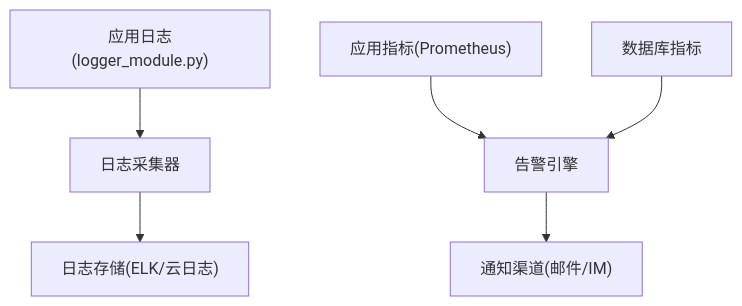
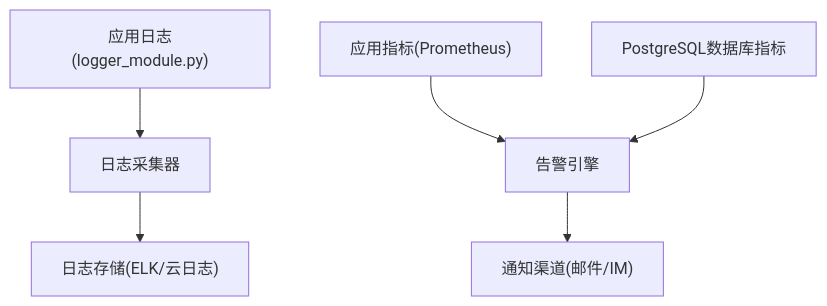
Before and after one commit to abokyoy/LectureLearnLoop: the tenth of 14 diagrams in .qoder/repowiki/zh/content/部署运维.md, drawn with Mermaid. The commit also changed other lines of this file and 91 other files, not shown here.

````diff
--- a/.qoder/repowiki/zh/content/部署运维.md
+++ b/.qoder/repowiki/zh/content/部署运维.md
@@ -380,8 +334,8 @@
 ```mermaid
 flowchart TD
 LogGen["应用日志(logger_module.py)"] --> Collector["日志采集器"]
 Collector --> Store["日志存储(ELK/云日志)"]
 Metrics["应用指标(Prometheus)"] --> Alerting["告警引擎"]
-DBMetrics["数据库指标"] --> Alerting
+PGMetrics["PostgreSQL数据库指标"] --> Alerting
 Alerting --> Notify["通知渠道(邮件/IM)"]
 ```
````
